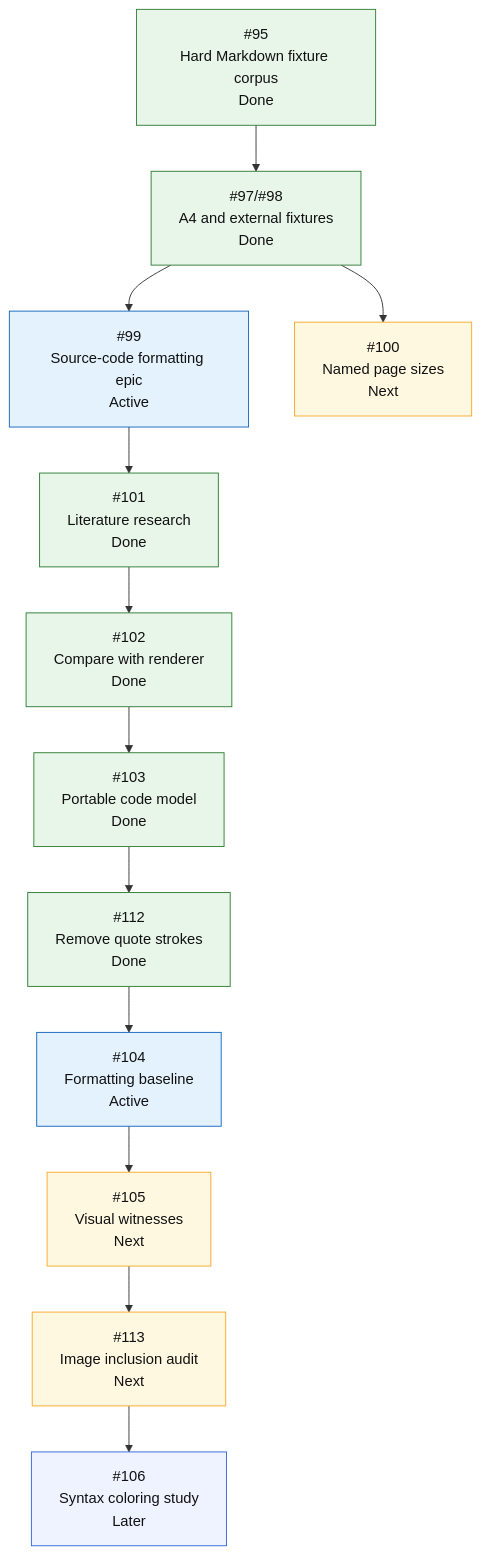
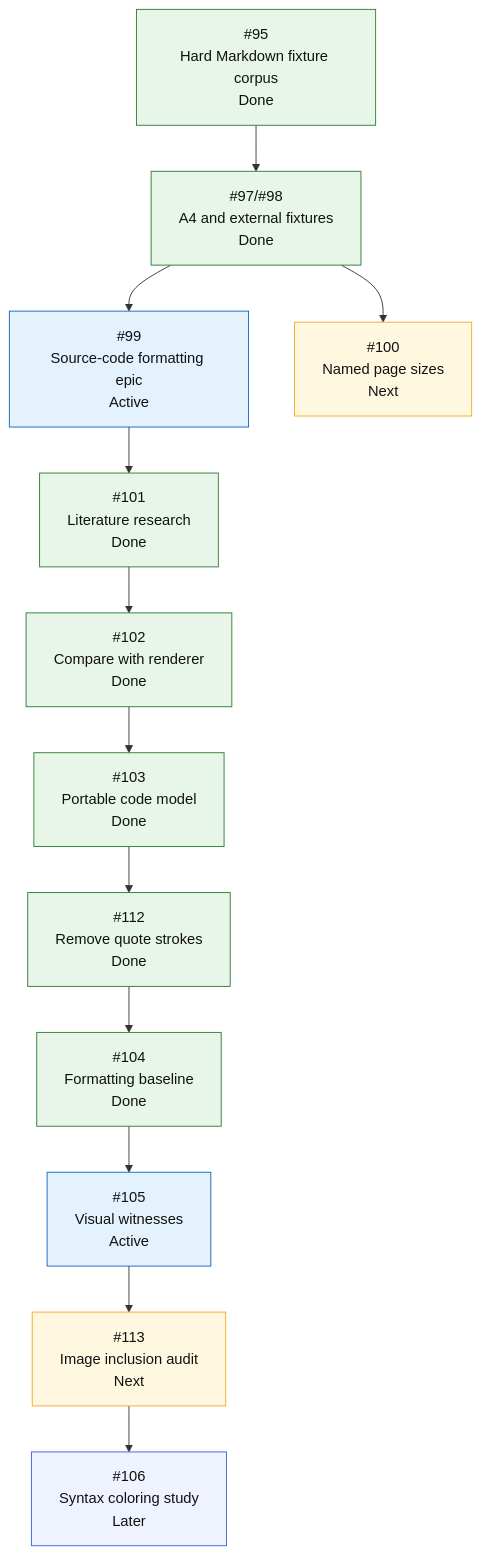
The fifth of 5 diagrams in README.md (mihaelamj/MarkdownPDF), drawn with Mermaid before and after one commit.

Commit message:
docs(roadmap): advance source witnesses

````diff
--- a/README.md
+++ b/README.md
@@ -419,33 +419,33 @@
 ```mermaid
 flowchart TD
     H0["#95<br/>Hard Markdown fixture corpus<br/>Done"]
     H1["#97/#98<br/>A4 and external fixtures<br/>Done"]
     H2["#99<br/>Source-code formatting epic<br/>Active"]
     H2A["#101<br/>Literature research<br/>Done"]
     H2B["#102<br/>Compare with renderer<br/>Done"]
     H2C["#103<br/>Portable code model<br/>Done"]
     H2D["#112<br/>Remove quote strokes<br/>Done"]
-    H2E["#104<br/>Formatting baseline<br/>Active"]
-    H2F["#105<br/>Visual witnesses<br/>Next"]
+    H2E["#104<br/>Formatting baseline<br/>Done"]
+    H2F["#105<br/>Visual witnesses<br/>Active"]
     H2G["#113<br/>Image inclusion audit<br/>Next"]
     H2H["#106<br/>Syntax coloring study<br/>Later"]
     H3["#100<br/>Named page sizes<br/>Next"]
 
     H0 --> H1
     H1 --> H2
     H2 --> H2A --> H2B --> H2C --> H2D --> H2E --> H2F --> H2G --> H2H
     H1 --> H3
 
     classDef done fill:#e8f5e9,stroke:#2e7d32,color:#111;
     classDef active fill:#e3f2fd,stroke:#1565c0,color:#111;
     classDef review fill:#f3e5f5,stroke:#7b1fa2,color:#111;
     classDef next fill:#fff8e1,stroke:#f9a825,color:#111;
     classDef todo fill:#eef3ff,stroke:#3367d6,color:#111;
     class H0 done;
     class H1 done;
-    class H2,H2E active;
-    class H2A,H2B,H2C,H2D done;
-    class H2F,H2G next;
+    class H2,H2F active;
+    class H2A,H2B,H2C,H2D,H2E done;
+    class H2G next;
     class H2H todo;
     class H3 next;
 ```
````
